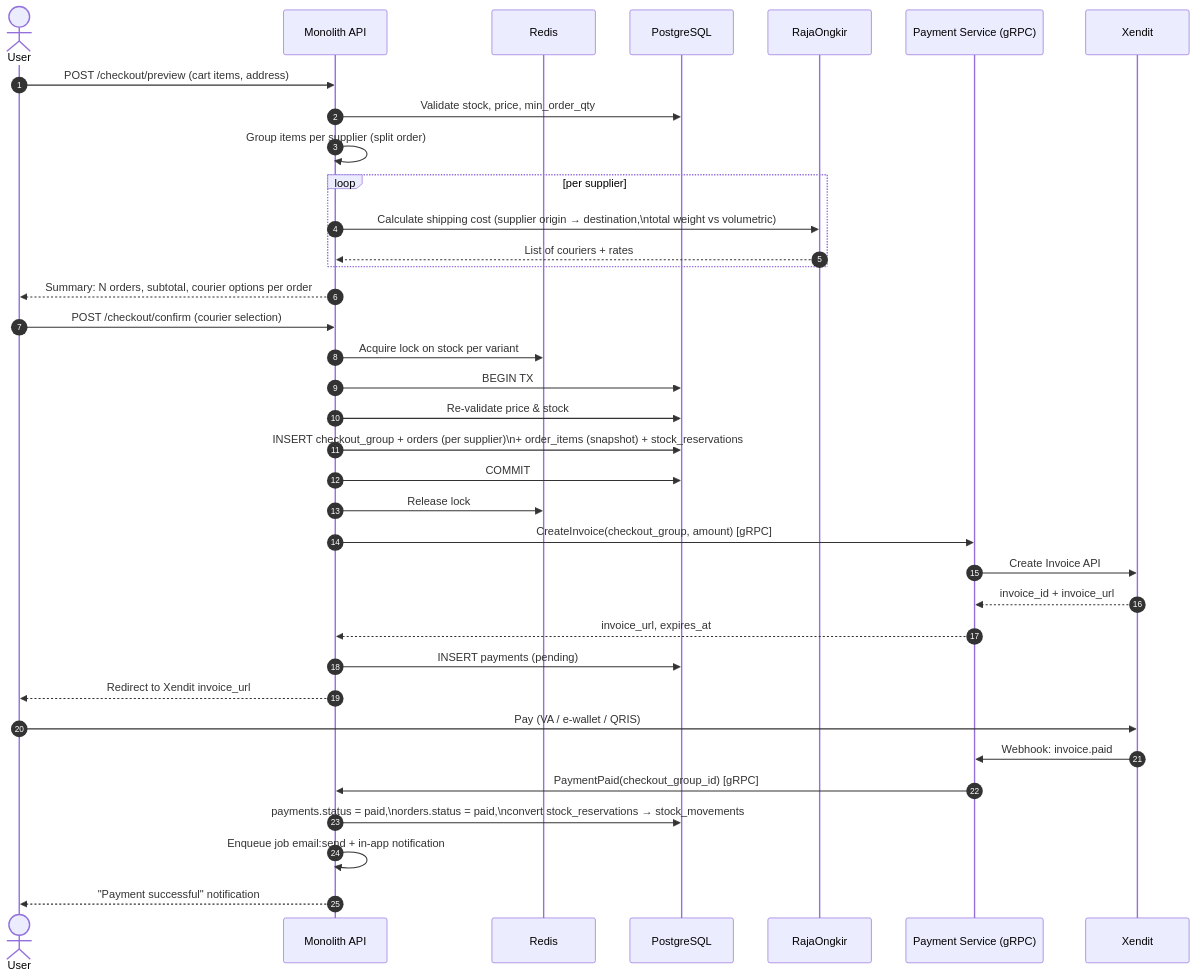
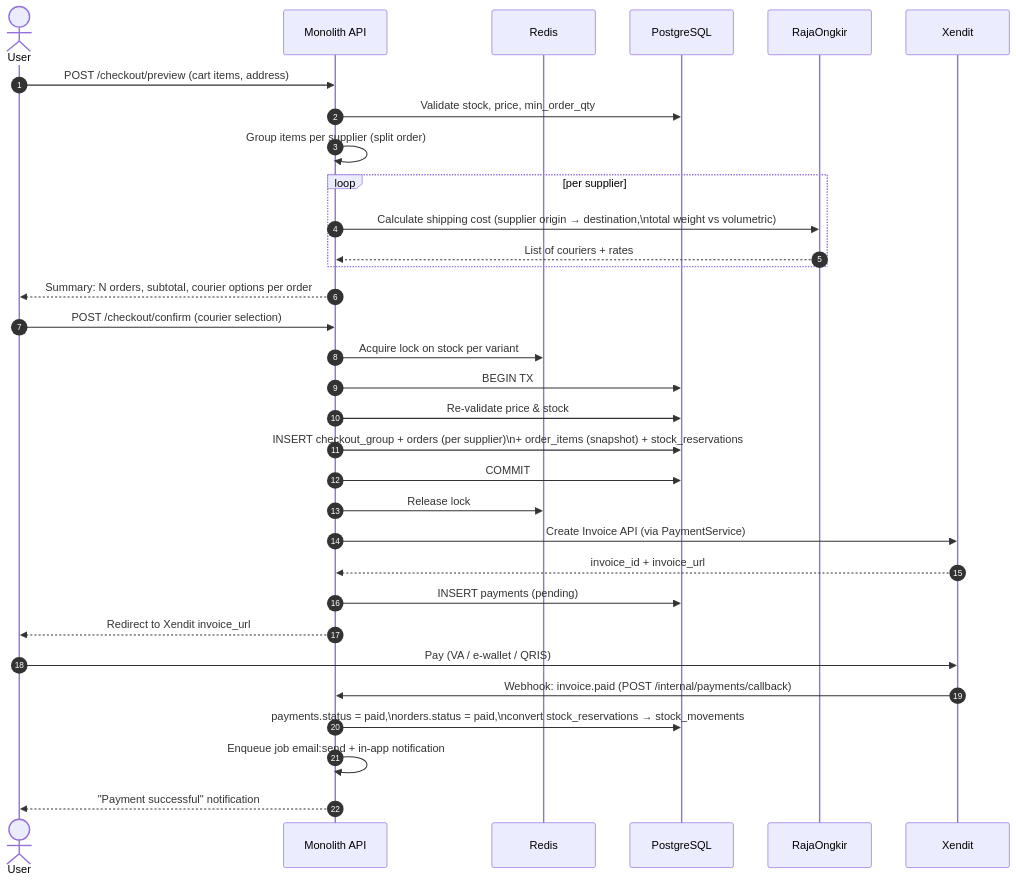
One commit to erdinhrmwn/bangunin-project changed the sixth of 10 diagrams in docs/erd.md. Above: the diagram before and after it, drawn with Mermaid. The commit also changed other lines of this file and 6 other files, not shown here.

First line of the commit message:
docs: rearchitect payment/notification/shipping as internal service adapters

````diff
--- a/docs/erd.md
+++ b/docs/erd.md
@@ -394,41 +394,37 @@
 ```mermaid
 sequenceDiagram
     autonumber
     actor U as User
     participant API as Monolith API
     participant RD as Redis
     participant DB as PostgreSQL
     participant RO as RajaOngkir
-    participant PS as Payment Service (gRPC)
     participant XD as Xendit
 
     U->>API: POST /checkout/preview (cart items, address)
     API->>DB: Validate stock, price, min_order_qty
     API->>API: Group items per supplier (split order)
     loop per supplier
         API->>RO: Calculate shipping cost (supplier origin → destination,\ntotal weight vs volumetric)
         RO-->>API: List of couriers + rates
     end
     API-->>U: Summary: N orders, subtotal, courier options per order
 
     U->>API: POST /checkout/confirm (courier selection)
     API->>RD: Acquire lock on stock per variant
     API->>DB: BEGIN TX
     API->>DB: Re-validate price & stock
     API->>DB: INSERT checkout_group + orders (per supplier)\n+ order_items (snapshot) + stock_reservations
     API->>DB: COMMIT
     API->>RD: Release lock
-    API->>PS: CreateInvoice(checkout_group, amount) [gRPC]
-    PS->>XD: Create Invoice API
-    XD-->>PS: invoice_id + invoice_url
-    PS-->>API: invoice_url, expires_at
+    API->>XD: Create Invoice API (via PaymentService)
+    XD-->>API: invoice_id + invoice_url
     API->>DB: INSERT payments (pending)
     API-->>U: Redirect to Xendit invoice_url
 
     U->>XD: Pay (VA / e-wallet / QRIS)
-    XD->>PS: Webhook: invoice.paid
-    PS->>API: PaymentPaid(checkout_group_id) [gRPC]
+    XD->>API: Webhook: invoice.paid (POST /internal/payments/callback)
     API->>DB: payments.status = paid,\norders.status = paid,\nconvert stock_reservations → stock_movements
     API->>API: Enqueue job email:send + in-app notification
     API-->>U: "Payment successful" notification
 ```
````
